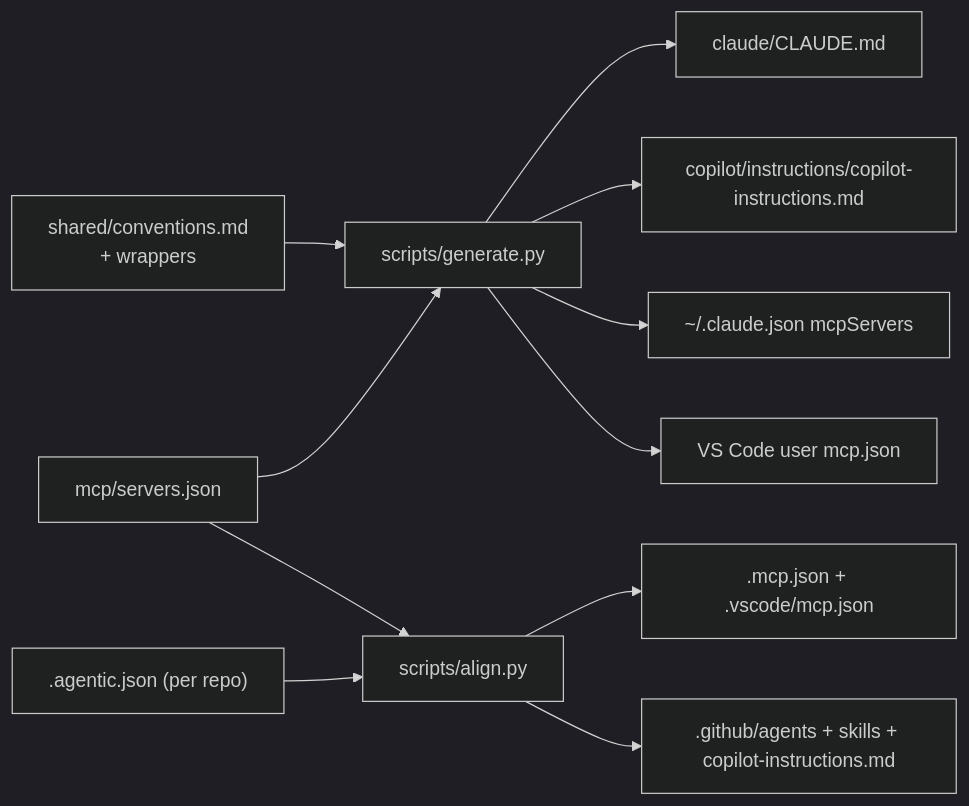
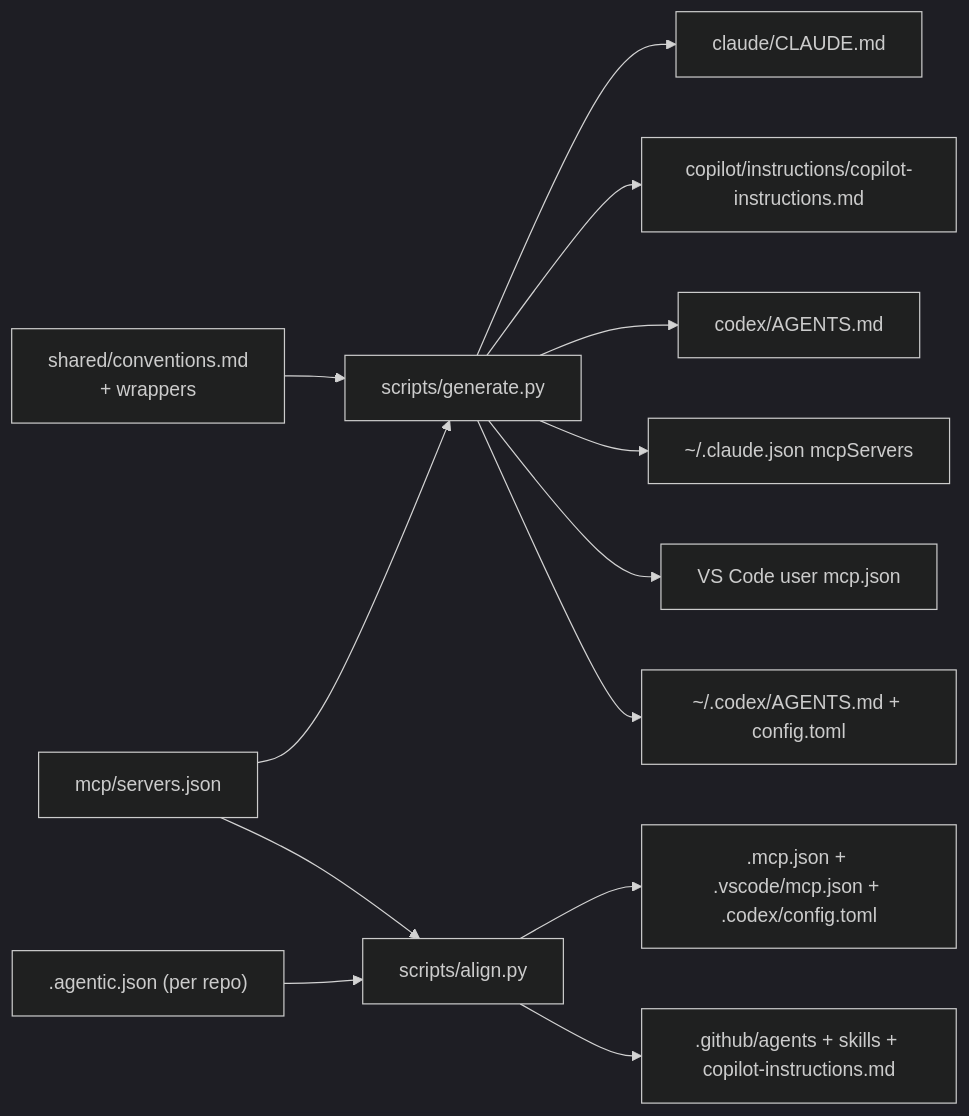
One commit to troobit/agentic-coding changed the diagram in specs/toolset-agnostic-starwave/design.md. Above: the diagram before and after it, drawn with Mermaid (dark theme). The commit also changed other lines of this file and 23 other files, not shown here.

````diff
--- a/specs/toolset-agnostic-starwave/design.md
+++ b/specs/toolset-agnostic-starwave/design.md
@@ -42,13 +45,15 @@
 ```mermaid
 flowchart LR
     C[shared/conventions.md<br>+ wrappers] --> G[scripts/generate.py]
     M[mcp/servers.json] --> G
     G --> CM[claude/CLAUDE.md]
     G --> CI[copilot/instructions/copilot-instructions.md]
+    G --> CA[codex/AGENTS.md]
     G --> UC[~/.claude.json mcpServers]
     G --> UV["VS Code user mcp.json"]
+    G --> UX["~/.codex/AGENTS.md + config.toml"]
     A[".agentic.json (per repo)"] --> AL[scripts/align.py]
     M --> AL
-    AL --> PR[".mcp.json + .vscode/mcp.json"]
+    AL --> PR[".mcp.json + .vscode/mcp.json + .codex/config.toml"]
     AL --> GH[".github/agents + skills + copilot-instructions.md"]
 ```
````
